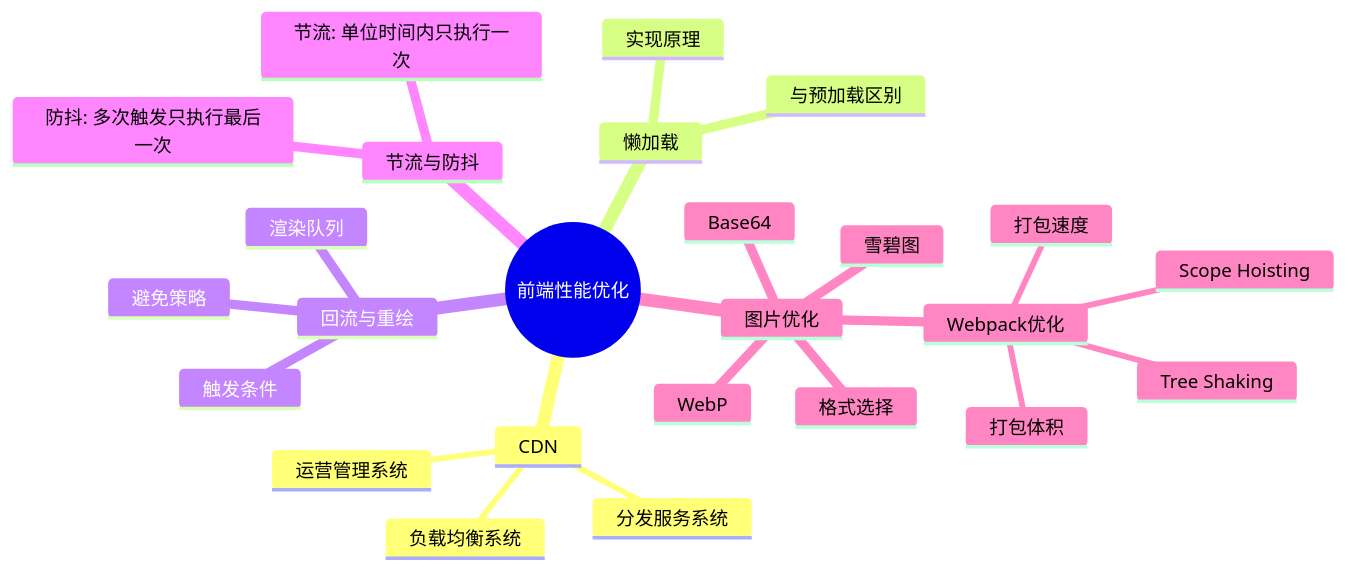
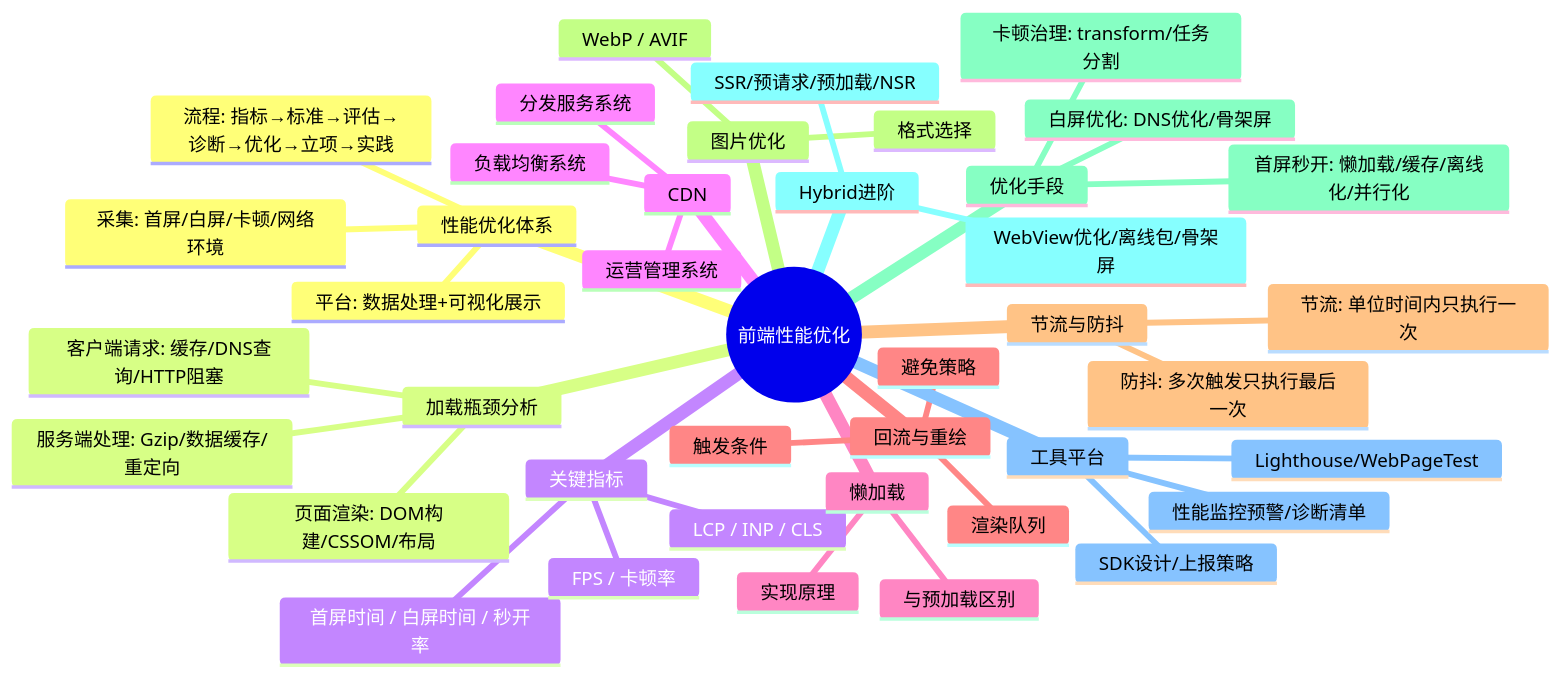
Before and after one commit to KMaybe01/common: the first of 8 diagrams in S3-进阶提升/02-性能优化.md, drawn with Mermaid. The commit also changed other lines of this file and 7 other files, not shown here.

````diff
--- a/S3-进阶提升/02-性能优化.md
+++ b/S3-进阶提升/02-性能优化.md
@@ -8,28 +8,44 @@
 ```mermaid
 mindmap
   root((前端性能优化))
+    性能优化体系
+      流程: 指标→标准→评估→诊断→优化→立项→实践
+      采集: 首屏/白屏/卡顿/网络环境
+      平台: 数据处理+可视化展示
+    加载瓶颈分析
+      客户端请求: 缓存/DNS查询/HTTP阻塞
+      服务端处理: Gzip/数据缓存/重定向
+      页面渲染: DOM构建/CSSOM/布局
+    关键指标
+      LCP / INP / CLS
+      首屏时间 / 白屏时间 / 秒开率
+      FPS / 卡顿率
     CDN
       分发服务系统
       负载均衡系统
       运营管理系统
-   懒加载
+    懒加载
       实现原理
       与预加载区别
-   回流与重绘
+    回流与重绘
       触发条件
       避免策略
       渲染队列
-   节流与防抖
+    节流与防抖
       防抖: 多次触发只执行最后一次
       节流: 单位时间内只执行一次
-   图片优化
+    图片优化
       格式选择
-      WebP
-      雪碧图
-      Base64
-    Webpack优化
-      打包速度
-      打包体积
-      Tree Shaking
-      Scope Hoisting
+      WebP / AVIF
+    优化手段
+      首屏秒开: 懒加载/缓存/离线化/并行化
+      白屏优化: DNS优化/骨架屏
+      卡顿治理: transform/任务分割
+    Hybrid进阶
+      WebView优化/离线包/骨架屏
+      SSR/预请求/预加载/NSR
+    工具平台
+      SDK设计/上报策略
+      性能监控预警/诊断清单
+      Lighthouse/WebPageTest
 ```
````
